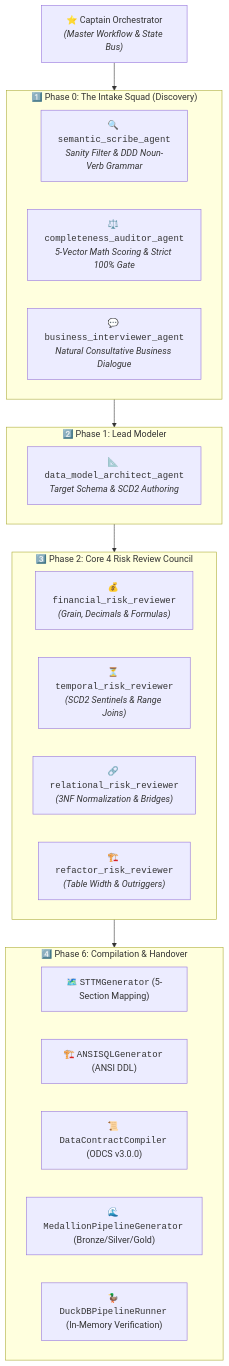
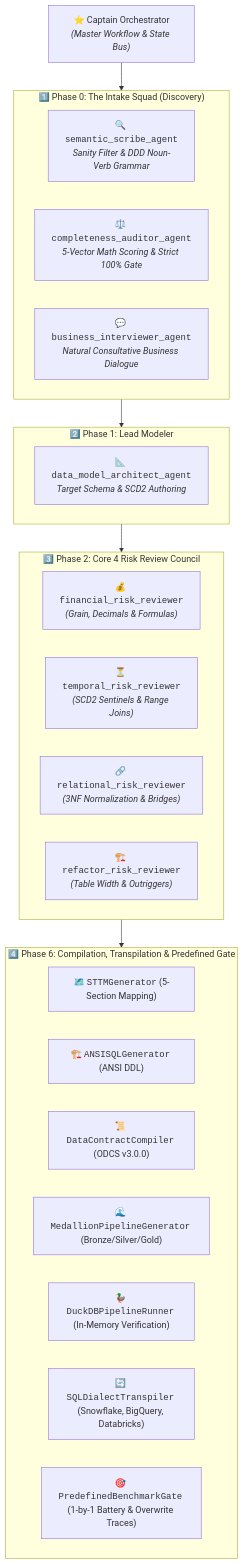
The first of 4 diagrams in docs/ARCHITECTURE_AND_RUBRICS.md (rachardv/data-model-architect), drawn with Mermaid before and after one commit. The commit also changed other lines of this file and 2 other files, not shown here.

Commit message:
docs(architecture): synchronize architecture rubrics, 3-layer validation, and 117-test suite

````diff
--- a/docs/ARCHITECTURE_AND_RUBRICS.md
+++ b/docs/ARCHITECTURE_AND_RUBRICS.md
@@ -20,34 +20,36 @@
 ```mermaid
 flowchart TD
     CAPTAIN["⭐ Captain Orchestrator<br/><i>(Master Workflow & State Bus)</i>"]
 
     subgraph PHASE0["1️⃣ Phase 0: The Intake Squad (Discovery)"]
         S1["🔍 <code>semantic_scribe_agent</code><br/><i>Sanity Filter & DDD Noun-Verb Grammar</i>"]
         S2["⚖️ <code>completeness_auditor_agent</code><br/><i>5-Vector Math Scoring & Strict 100% Gate</i>"]
         S3["💬 <code>business_interviewer_agent</code><br/><i>Natural Consultative Business Dialogue</i>"]
     end
 
     subgraph PHASE1["2️⃣ Phase 1: Lead Modeler"]
         D1["📐 <code>data_model_architect_agent</code><br/><i>Target Schema & SCD2 Authoring</i>"]
     end
 
     subgraph PHASE2["3️⃣ Phase 2: Core 4 Risk Review Council"]
         R1["💰 <code>financial_risk_reviewer</code><br/><i>(Grain, Decimals & Formulas)</i>"]
         R2["⏳ <code>temporal_risk_reviewer</code><br/><i>(SCD2 Sentinels & Range Joins)</i>"]
         R3["🔗 <code>relational_risk_reviewer</code><br/><i>(3NF Normalization & Bridges)</i>"]
         R4["🏗️ <code>refactor_risk_reviewer</code><br/><i>(Table Width & Outriggers)</i>"]
     end
 
-    subgraph PHASE6["4️⃣ Phase 6: Compilation & Handover"]
+    subgraph PHASE6["4️⃣ Phase 6: Compilation, Transpilation & Predefined Gate"]
         C1["🗺️ <code>STTMGenerator</code> (5-Section Mapping)"]
         C2["🏗️ <code>ANSISQLGenerator</code> (ANSI DDL)"]
         C3["📜 <code>DataContractCompiler</code> (ODCS v3.0.0)"]
         C4["🌊 <code>MedallionPipelineGenerator</code> (Bronze/Silver/Gold)"]
         C5["🦆 <code>DuckDBPipelineRunner</code> (In-Memory Verification)"]
+        C6["🔄 <code>SQLDialectTranspiler</code> (Snowflake, BigQuery, Databricks)"]
+        C7["🎯 <code>PredefinedBenchmarkGate</code> (1-by-1 Battery & Overwrite Traces)"]
     end
 
     CAPTAIN --> PHASE0
     PHASE0 --> PHASE1
     PHASE1 --> PHASE2
     PHASE2 --> PHASE6
 ```
````
